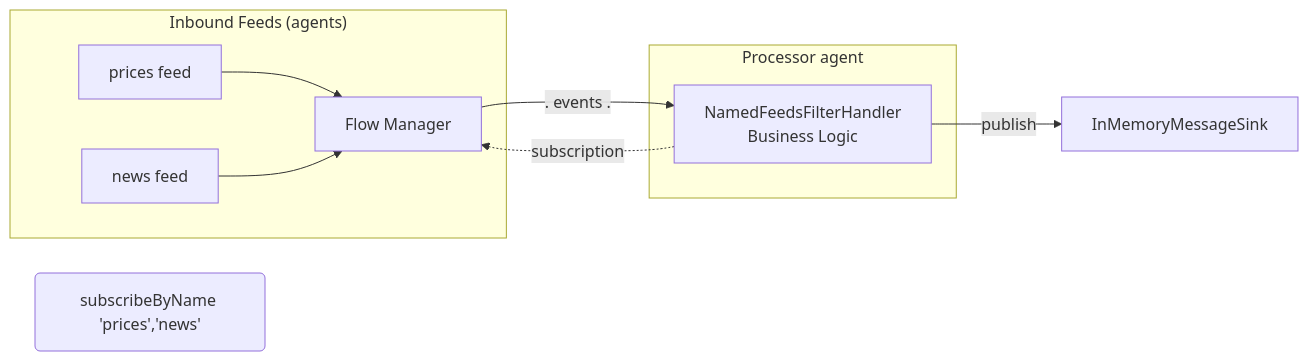
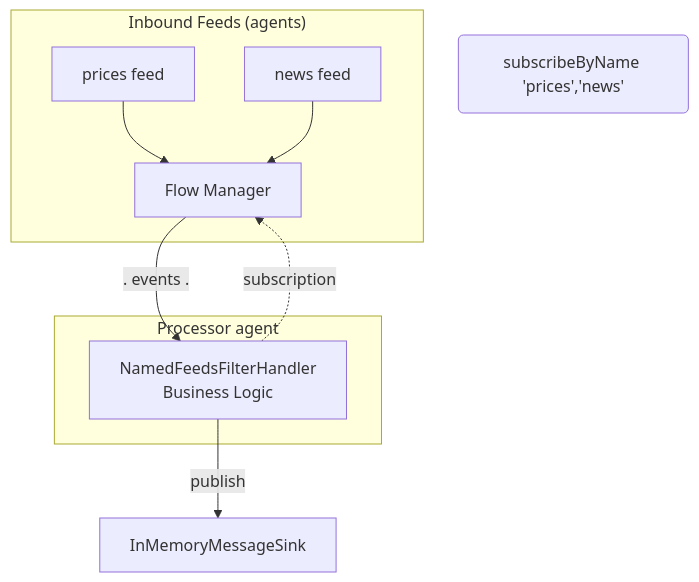
Before and after one commit to gregv12/fluxtion-server: the diagram in docs/guide/five-minute-event-handler-tutorial.md, drawn with Mermaid. The commit also changed other lines of this file, not shown here.

Commit message:
update: enhance event handler tutorial with adjusted flow direction and improved link formatting

````diff
--- a/docs/guide/five-minute-event-handler-tutorial.md
+++ b/docs/guide/five-minute-event-handler-tutorial.md
@@ -21,25 +21,25 @@
 ```mermaid
-graph LR
+graph TD
     subgraph "Inbound Feeds (agents)"
         P[prices feed] --> FM[Flow Manager]
         N[news feed] --> FM
     end
 
     subgraph "Processor agent"
         FM --. events .--> H[NamedFeedsFilterHandler 
         Business Logic]
     end
 
     H -- publish --> S[InMemoryMessageSink]
 
     %% Styling (optional)
 
 
     class P,N feed;
     class H proc;
     class S sink;
 
     %% Notes
     note1( subscribeByName 'prices','news' )
     H -. subscription .-> FM
 ```
````
